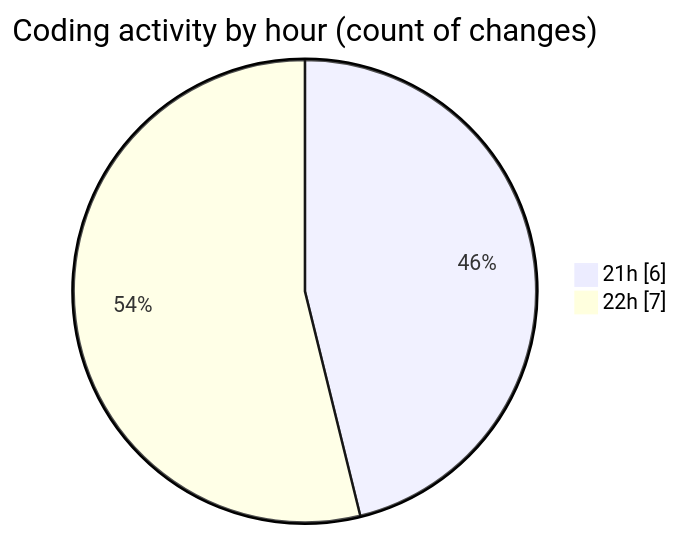
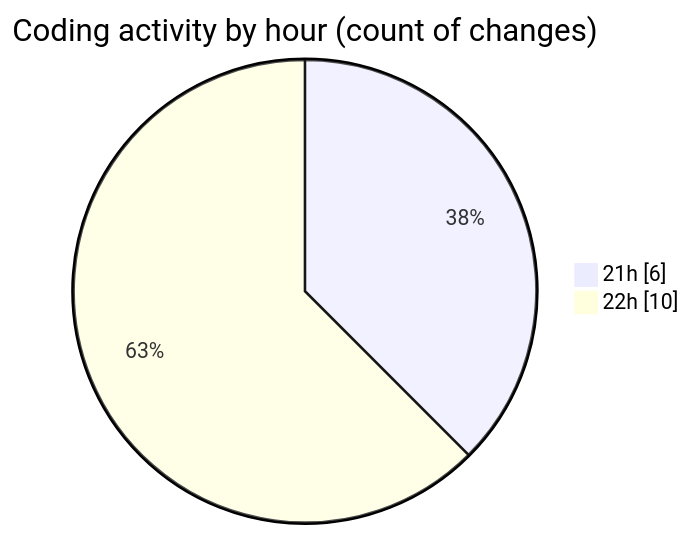
Before and after one commit to JenPaints/code-tracking: the second of 2 diagrams in 2025-07-24/cohera/README.md, drawn with Mermaid. The commit also changed other lines of this file and 1 other file, not shown here.

````diff
--- a/2025-07-24/cohera/README.md
+++ b/2025-07-24/cohera/README.md
@@ -35,6 +37,6 @@
 ```mermaid
 pie showData
 title Coding activity by hour (count of changes)
 "21h" : 6
-"22h" : 7
+"22h" : 10
 ```
````
